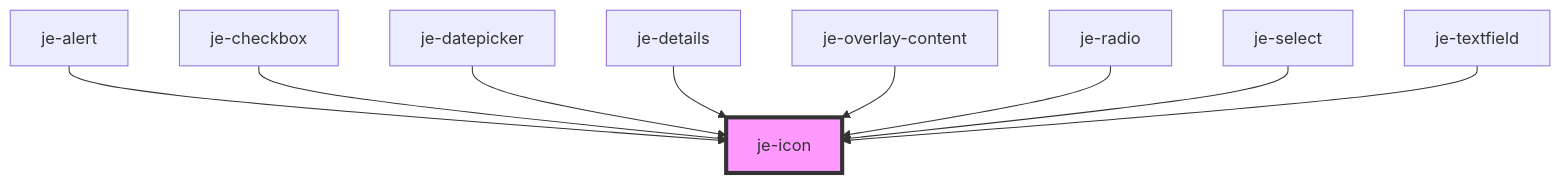
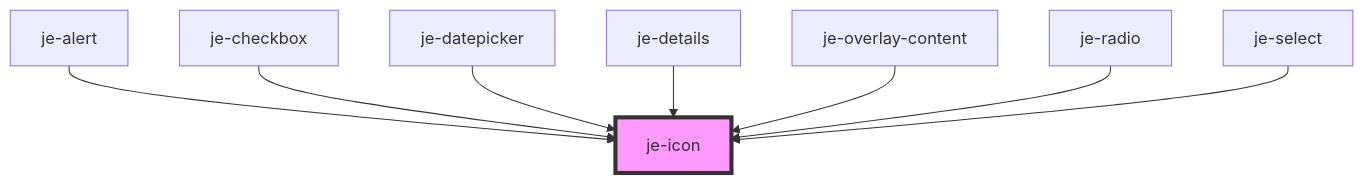
The diagram in packages/core/src/docs/components/je-icon/readme.md (pgreen00/jebamo), drawn with Mermaid before and after one commit. The commit also changed other lines of this file and 32 other files, not shown here.

````diff
--- a/packages/core/src/docs/components/je-icon/readme.md
+++ b/packages/core/src/docs/components/je-icon/readme.md
@@ -32,12 +31,11 @@
 ```mermaid
 graph TD;
   je-alert --> je-icon
   je-checkbox --> je-icon
   je-datepicker --> je-icon
   je-details --> je-icon
   je-overlay-content --> je-icon
   je-radio --> je-icon
   je-select --> je-icon
-  je-textfield --> je-icon
   style je-icon fill:#f9f,stroke:#333,stroke-width:4px
 ```
````
